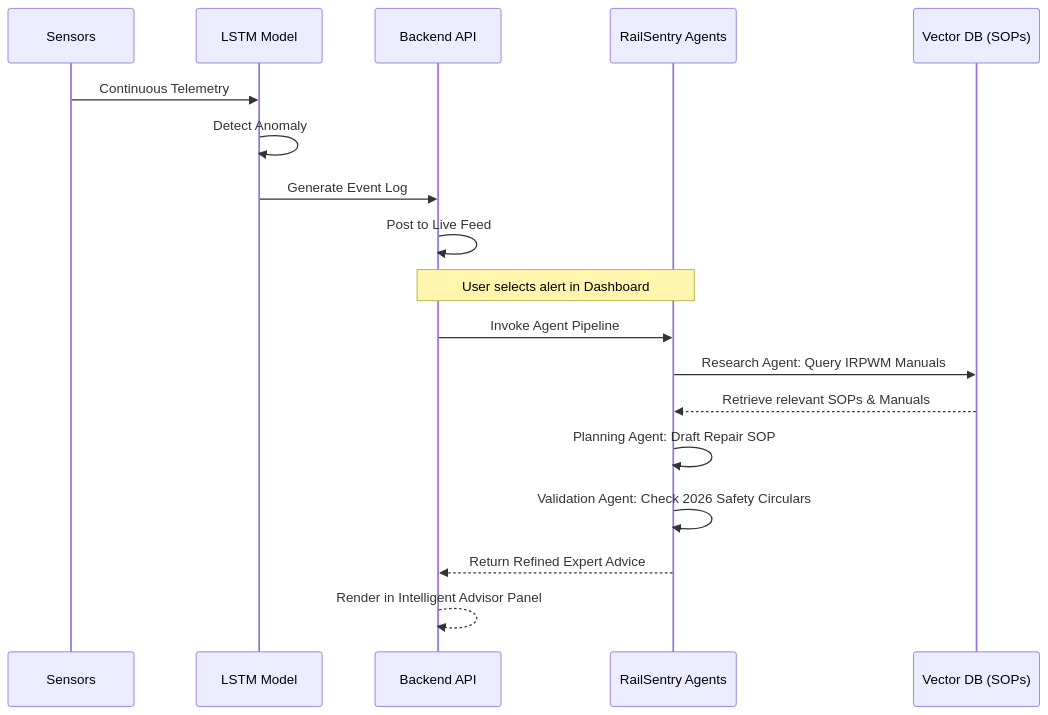
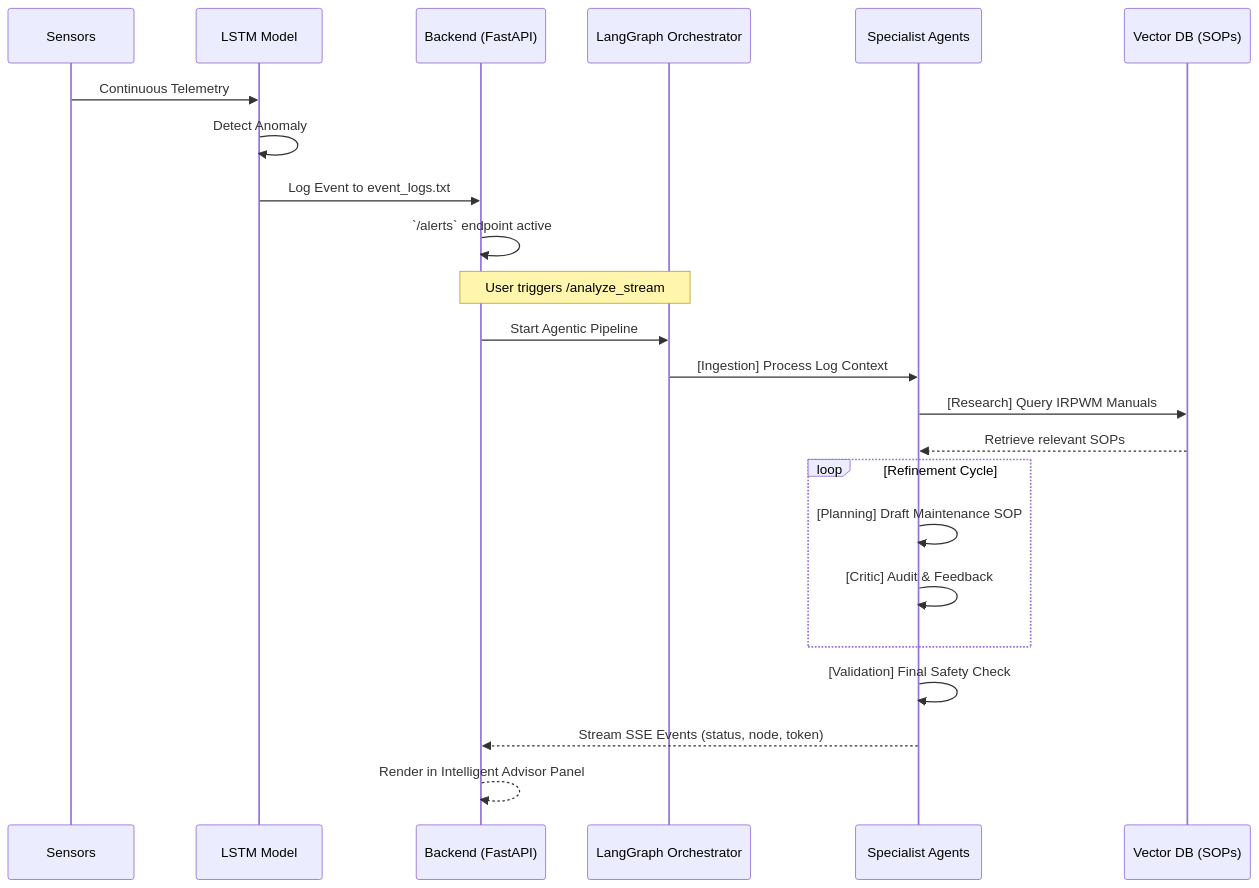
Before and after one commit to ankushsingh003/RAILSENTRY: the second of 2 diagrams in README.md, drawn with Mermaid. The commit also changed other lines of this file, not shown here.

Commit message:
docs: update README.md with accurate flow diagrams for Agentic RAG and system architecture

````diff
--- a/README.md
+++ b/README.md
@@ -51,21 +58,26 @@
 ```mermaid
 sequenceDiagram
     participant S as Sensors
     participant M as LSTM Model
-    participant B as Backend API
-    participant A as RailSentry Agents
+    participant B as Backend (FastAPI)
+    participant O as LangGraph Orchestrator
+    participant A as Specialist Agents
     participant V as Vector DB (SOPs)
 
     S->>M: Continuous Telemetry
     M->>M: Detect Anomaly
-    M->>B: Generate Event Log
-    B->>B: Post to Live Feed
-    Note over B,A: User selects alert in Dashboard
-    B->>A: Invoke Agent Pipeline
-    A->>V: Research Agent: Query IRPWM Manuals
-    V-->>A: Retrieve relevant SOPs & Manuals
-    A->>A: Planning Agent: Draft Repair SOP
-    A->>A: Validation Agent: Check 2026 Safety Circulars
-    A-->>B: Return Refined Expert Advice
+    M->>B: Log Event to event_logs.txt
+    B->>B: `/alerts` endpoint active
+    Note over B,O: User triggers /analyze_stream
+    B->>O: Start Agentic Pipeline
+    O->>A: [Ingestion] Process Log Context
+    A->>V: [Research] Query IRPWM Manuals
+    V-->>A: Retrieve relevant SOPs
+    loop Refinement Cycle
+        A->>A: [Planning] Draft Maintenance SOP
+        A->>A: [Critic] Audit & Feedback
+    end
+    A->>A: [Validation] Final Safety Check
+    A-->>B: Stream SSE Events (status, node, token)
     B-->>B: Render in Intelligent Advisor Panel
 ```
````
